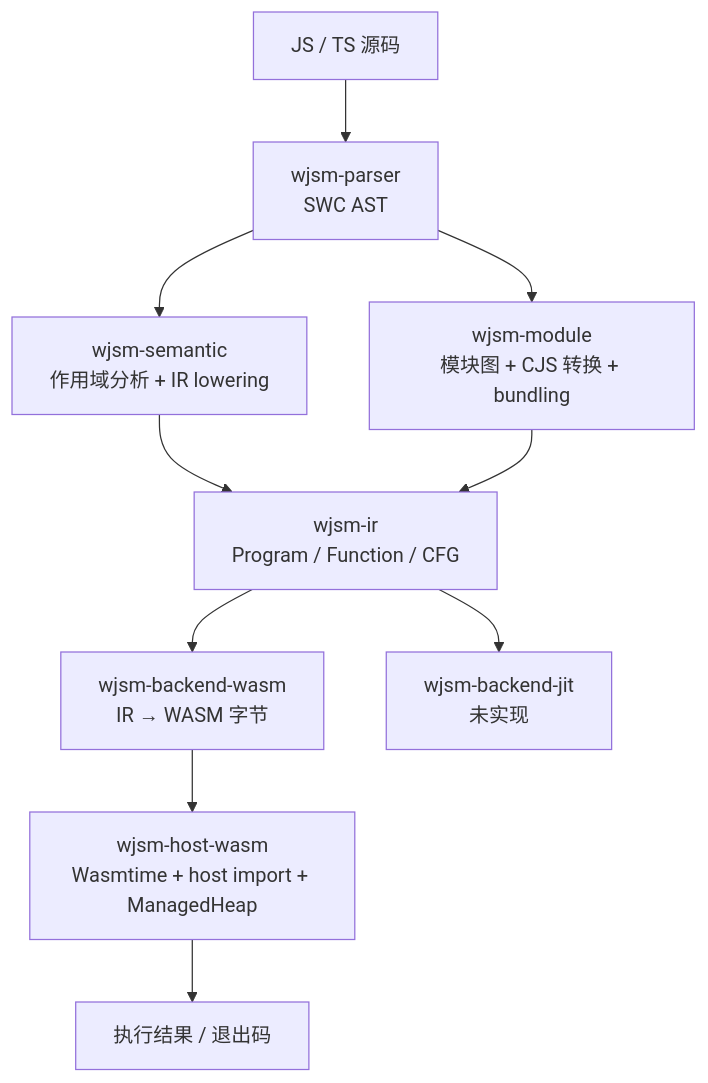
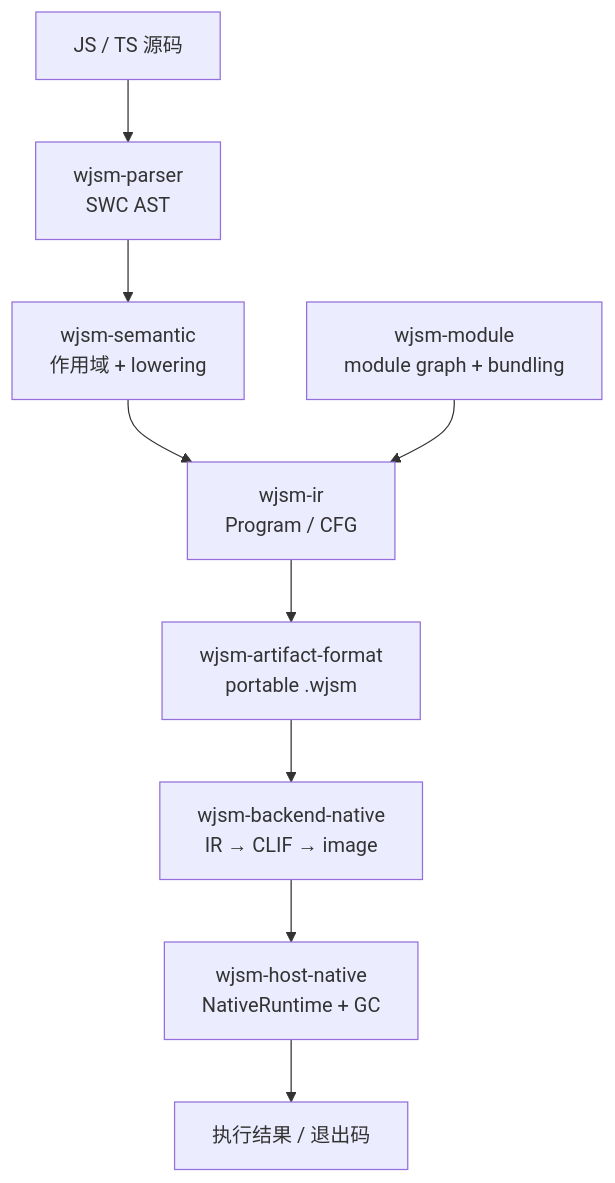
The diagram in docs/book/src/internals/foundations/architecture.md (juzi5201314/wjsm), drawn with Mermaid before and after one commit. The commit also changed other lines of this file and 109 other files, not shown here.

First line of the commit message:
docs: retire Wasm backend documentation and update to native

````diff
--- a/docs/book/src/internals/foundations/architecture.md
+++ b/docs/book/src/internals/foundations/architecture.md
@@ -7,12 +5,11 @@
 ```mermaid
 graph TD
     SRC["JS / TS 源码"] --> P["wjsm-parser<br/>SWC AST"]
-    P --> S["wjsm-semantic<br/>作用域分析 + IR lowering"]
-    S --> IR["wjsm-ir<br/>Program / Function / CFG"]
-    M["wjsm-module<br/>模块图 + CJS 转换 + bundling"] --> IR
-    P --> M
-    IR --> BW["wjsm-backend-wasm<br/>IR → WASM 字节"]
-    IR --> BJ["wjsm-backend-jit<br/>未实现"]
-    BW --> HW["wjsm-host-wasm<br/>Wasmtime + host import + ManagedHeap"]
-    HW --> OUT["执行结果 / 退出码"]
+    P --> S["wjsm-semantic<br/>作用域 + lowering"]
+    S --> IR["wjsm-ir<br/>Program / CFG"]
+    M["wjsm-module<br/>module graph + bundling"] --> IR
+    IR --> A["wjsm-artifact-format<br/>portable .wjsm"]
+    A --> B["wjsm-backend-native<br/>IR → CLIF → image"]
+    B --> H["wjsm-host-native<br/>NativeRuntime + GC"]
+    H --> OUT["执行结果 / 退出码"]
 ```
````
